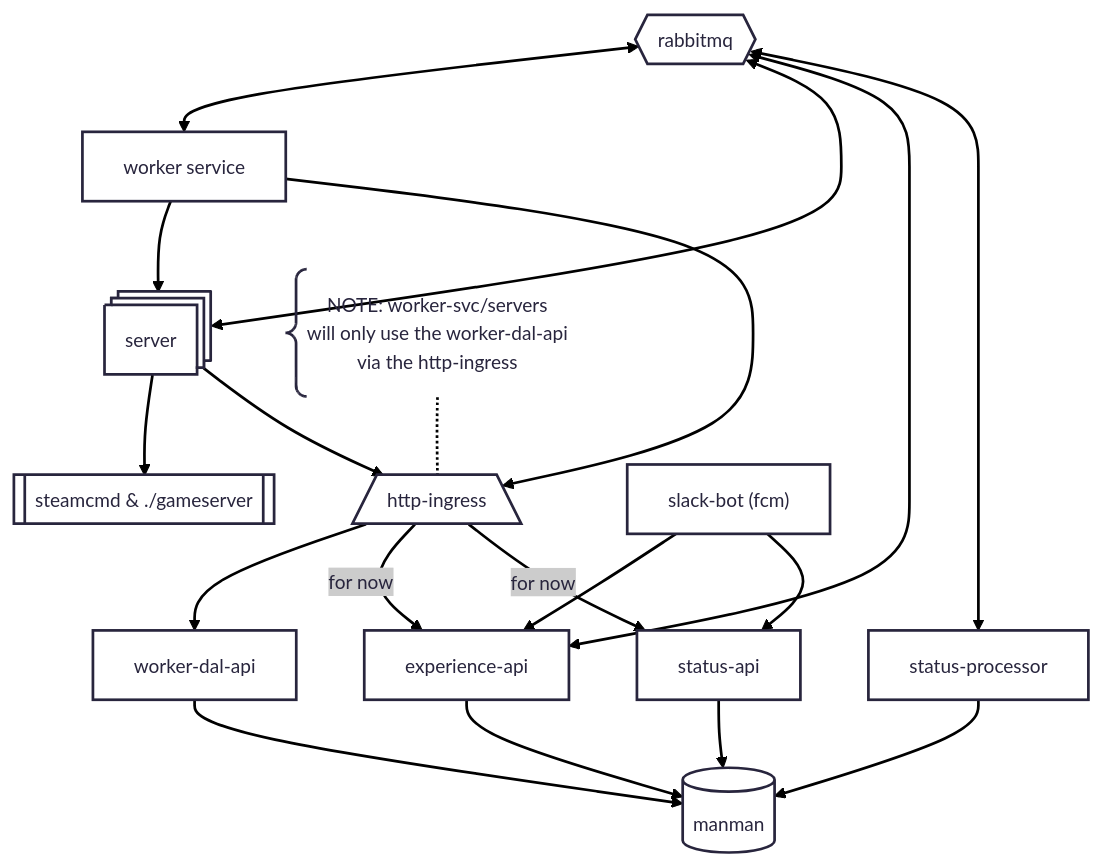
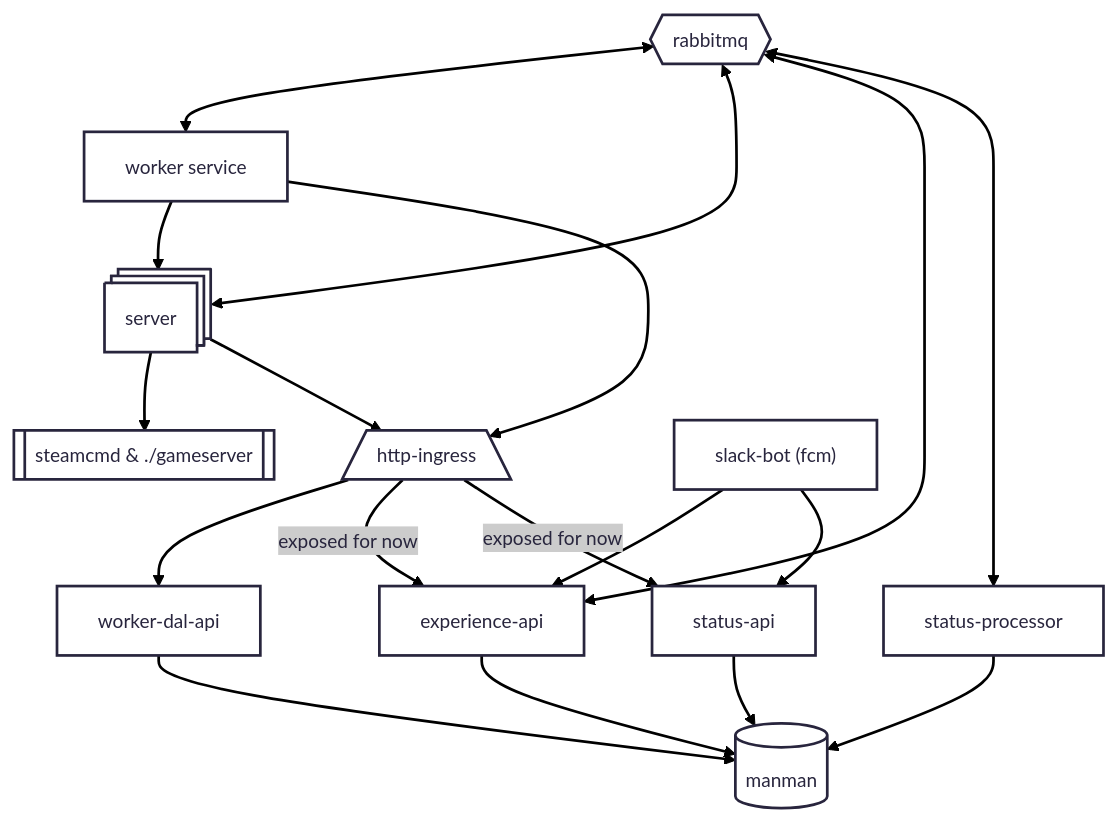
The diagram in README.md (whale-net/manman), drawn with Mermaid before and after one commit.

````diff
--- a/README.md
+++ b/README.md
@@ -19,37 +19,33 @@
 ```mermaid
 ---
 config:
   theme: redux
 ---
 graph TD
     worker-svc["worker service"]
     servers["server"]@{ shape: procs}
     server-subproc["steamcmd & ./gameserver"]@{ shape: subproc}
 
     worker-svc --> servers --> server-subproc
 
     http-ingress[/"http-ingress"\]
     experience-api["experience-api"]
     worker-dal-api["worker-dal-api"]
     status-api["status-api"]
     %% is proc the right shape?
     status-processor["status-processor"]@{ shape: proc }
 
     worker-svc & servers --> http-ingress --> worker-dal-api
-    http-ingress -- for now --> experience-api & status-api
-
-    http-ingress-comment["NOTE: worker-svc/servers<br>will only use the worker-dal-api<br>via the http-ingress"]@{ shape: comment }
-
-    http-ingress-comment -.- http-ingress
+    http-ingress -- exposed for now --> experience-api & status-api
 
     database["manman"]@{ shape: db}
     experience-api & worker-dal-api & status-processor & status-api --> database
 
     rmq{{"rabbitmq"}}
     rmq <--> worker-svc & servers & experience-api & status-processor
 
 
     slack-bot["slack-bot (fcm)"]
     slack-bot --> experience-api & status-api
 
 ```
````
